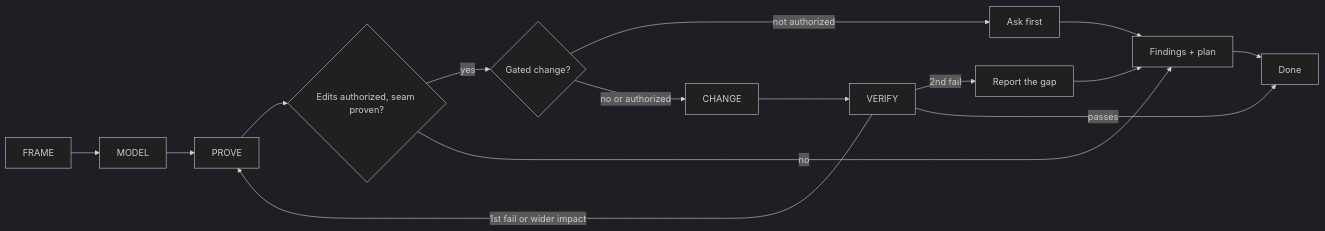
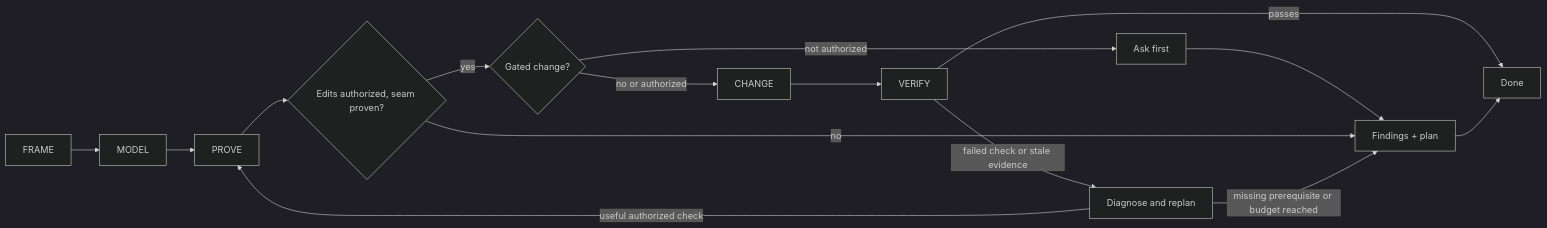
One commit to bgauryy/octocode-mcp changed the diagram in skills/octocode-architect/SKILL.md. Above: the diagram before and after it, drawn with Mermaid (dark theme). The commit also changed other lines of this file and 523 other files, not shown here.

````diff
--- a/skills/octocode-architect/SKILL.md
+++ b/skills/octocode-architect/SKILL.md
@@ -12,13 +12,14 @@
 ```mermaid
 flowchart LR
     F[FRAME] --> M[MODEL] --> P[PROVE]
     P --> E{"Edits authorized, seam proven?"}
     E -- yes --> A{"Gated change?"}
     A -- "not authorized" --> Q[Ask first] --> R
     A -- "no or authorized" --> C[CHANGE] --> V[VERIFY]
     E -- no --> R["Findings + plan"]
-    V -- "1st fail or wider impact" --> P
-    V -- "2nd fail" --> G[Report the gap] --> R
+    V -- "failed check or stale evidence" --> G[Diagnose and replan]
+    G -- "useful authorized check" --> P
+    G -- "missing prerequisite or budget reached" --> R
     V -- passes --> D[Done]
     R --> D
 ```
````
